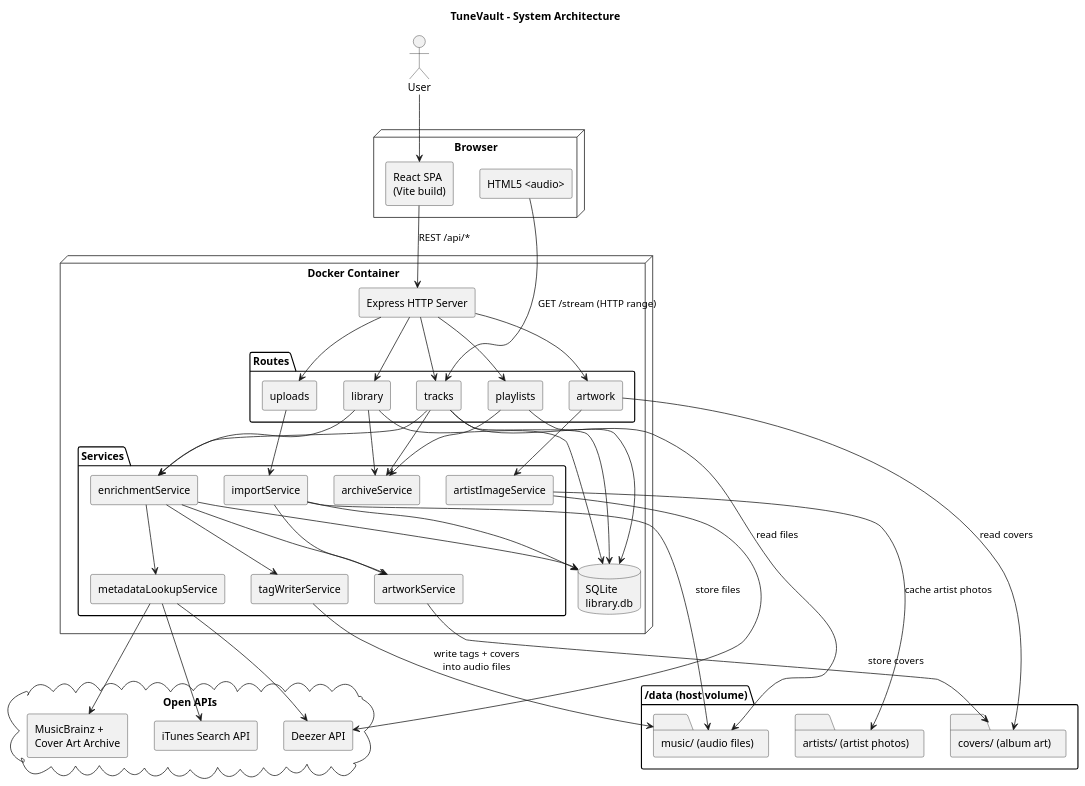
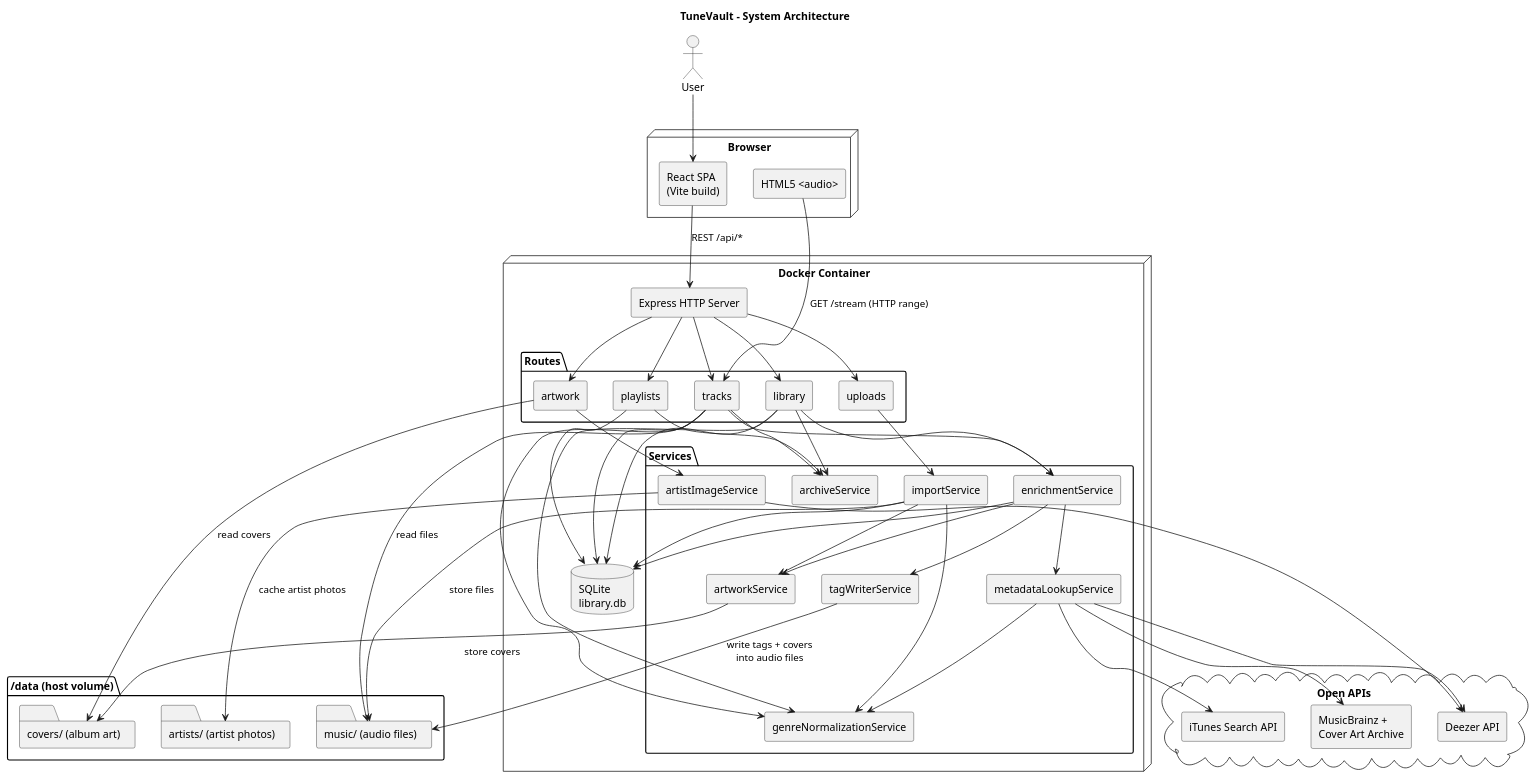
Before and after one commit to sandschm/TuneVault: the diagram in docs/diagrams/architecture.puml, drawn with PlantUML. The commit also changed 9 other files, not shown here.

```diff
--- a/docs/diagrams/architecture.puml
+++ b/docs/diagrams/architecture.puml
@@ -1,84 +1,89 @@
 @startuml architecture
 title TuneVault - System Architecture
 
 skinparam componentStyle rectangle
 
 actor "User" as user
 
 node "Browser" {
   [React SPA\n(Vite build)] as spa
   [HTML5 <audio>] as audio
 }
 
 node "Docker Container" {
   [Express HTTP Server] as express
   package "Routes" {
     [tracks] as rTracks
     [library] as rLibrary
     [playlists] as rPlaylists
     [uploads] as rUploads
     [artwork] as rArtwork
   }
   package "Services" {
     [importService] as sImport
     [archiveService] as sArchive
     [metadataLookupService] as sLookup
     [artworkService] as sArtwork
     [artistImageService] as sArtistImg
+    [genreNormalizationService] as sGenre
     [enrichmentService] as sEnrich
     [tagWriterService] as sTagWriter
   }
   database "SQLite\nlibrary.db" as db
 }
 
 folder "/data (host volume)" {
   folder "music/ (audio files)" as musicFs
   folder "covers/ (album art)" as coversFs
   folder "artists/ (artist photos)" as artistsFs
 }
 
 cloud "Open APIs" {
   [iTunes Search API] as itunes
   [MusicBrainz +\nCover Art Archive] as mb
   [Deezer API] as deezer
 }
 
 user --> spa
 spa --> express : REST /api/*
 audio --> rTracks : GET /stream (HTTP range)
 
 express --> rTracks
 express --> rLibrary
 express --> rPlaylists
 express --> rUploads
 express --> rArtwork
 
 rUploads --> sImport
 rTracks --> sArchive
 rTracks --> sEnrich
 rLibrary --> sArchive
 rLibrary --> sEnrich
 rPlaylists --> sArchive
 sImport --> sArtwork
 sEnrich --> sLookup
 sEnrich --> sArtwork
 sEnrich --> sTagWriter
 sLookup --> itunes
 sLookup --> mb
 sLookup --> deezer
 rArtwork --> sArtistImg
 sArtistImg --> deezer
 sArtistImg --> artistsFs : cache artist photos
+sImport --> sGenre
+sLookup --> sGenre
+rTracks --> sGenre
+rLibrary --> sGenre
 
 sImport --> musicFs : store files
 sArtwork --> coversFs : store covers
 sTagWriter --> musicFs : write tags + covers\ninto audio files
 rTracks --> musicFs : read files
 rArtwork --> coversFs : read covers
 
 rTracks --> db
 rLibrary --> db
 rPlaylists --> db
 sImport --> db
 sEnrich --> db
 @enduml
```
